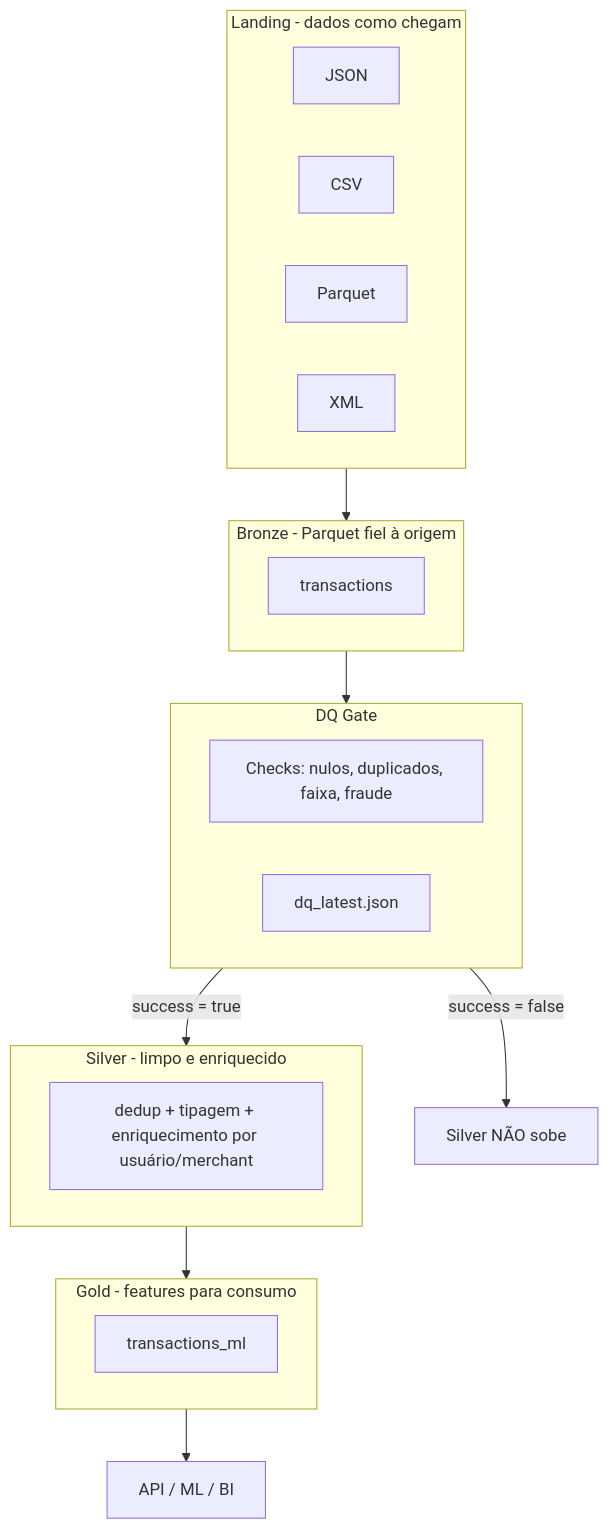
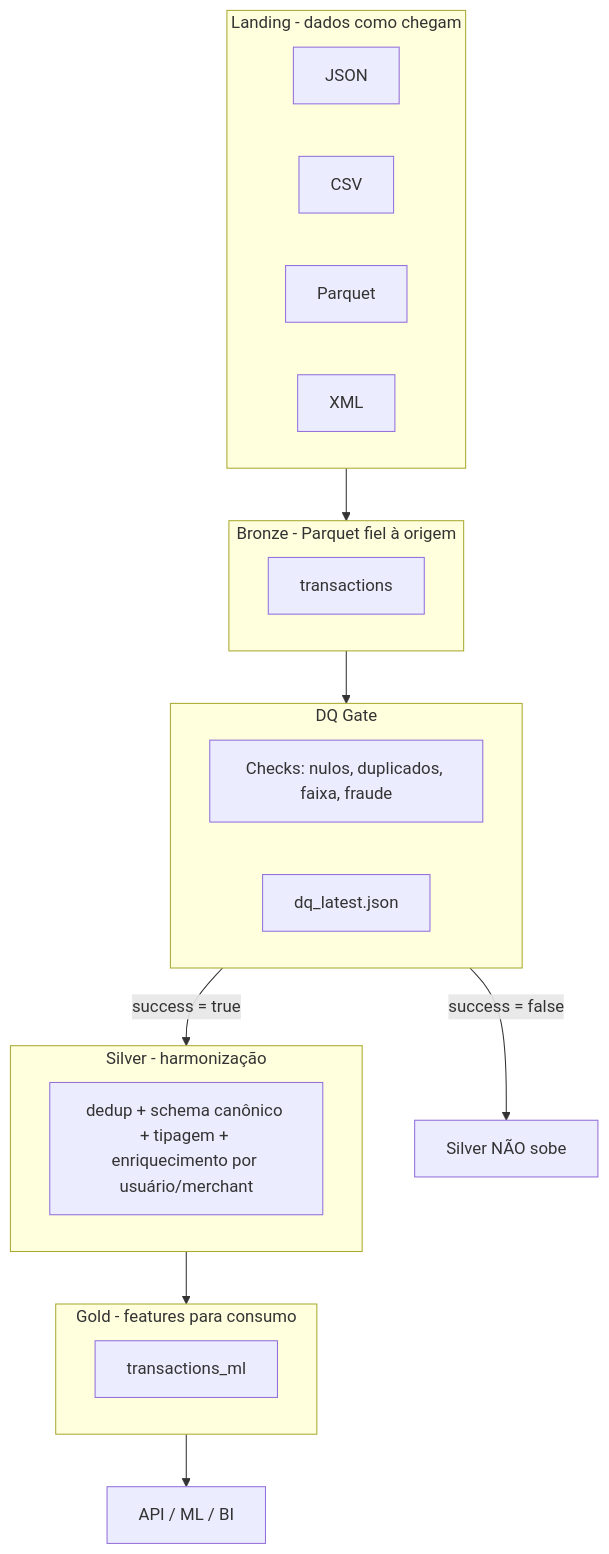
Before and after one commit to jeronimo0007/datamaster3: the second of 2 diagrams in readme.md, drawn with Mermaid. The commit also changed other lines of this file and 52 other files, not shown here.

First line of the commit message:
alinhamento para a banca: harmonização na Silver, fontes públicas e deploy Azure

````diff
--- a/readme.md
+++ b/readme.md
@@ -78,33 +78,33 @@
 ```mermaid
 flowchart TB
   subgraph landing [Landing - dados como chegam]
     Json[JSON]
     Csv[CSV]
     Pq[Parquet]
     Xml[XML]
   end
 
   subgraph bronze [Bronze - Parquet fiel à origem]
     B[transactions]
   end
 
   subgraph quality [DQ Gate]
     Checks[Checks: nulos, duplicados, faixa, fraude]
     Report[dq_latest.json]
   end
 
-  subgraph silver [Silver - limpo e enriquecido]
-    S[dedup + tipagem + enriquecimento por usuário/merchant]
+  subgraph silver [Silver - harmonização]
+    S[dedup + schema canônico + tipagem + enriquecimento por usuário/merchant]
   end
 
   subgraph gold [Gold - features para consumo]
     G[transactions_ml]
   end
 
   landing --> bronze
   bronze --> quality
   quality -->|"success = true"| silver
   quality -->|"success = false"| Block[Silver NÃO sobe]
   silver --> gold
   gold --> Cons[API / ML / BI]
 ```
````
